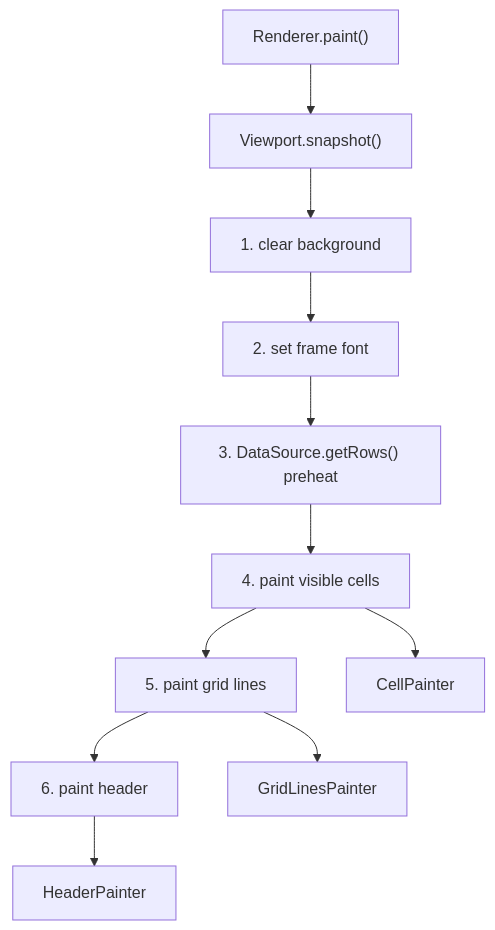
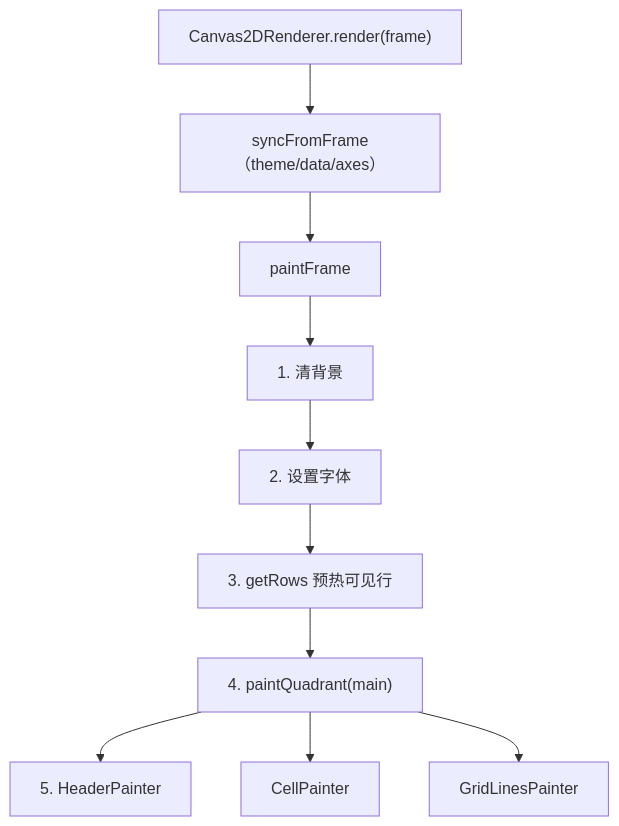
One commit to r1005410078/NovaSheet changed the fifth of 5 diagrams in docs/architecture.md. Above: the diagram before and after it, drawn with Mermaid. The commit also changed other lines of this file and 23 other files, not shown here.

````diff
--- a/docs/architecture.md
+++ b/docs/architecture.md
@@ -169,14 +209,12 @@
 ```mermaid
 flowchart TB
-  Paint["Renderer.paint()"] --> Snapshot["Viewport.snapshot()"]
-  Snapshot --> Clear["1. clear background"]
-  Clear --> Font["2. set frame font"]
-  Font --> WarmRows["3. DataSource.getRows() preheat"]
-  WarmRows --> Cells["4. paint visible cells"]
-  Cells --> Lines["5. paint grid lines"]
-  Lines --> Header["6. paint header"]
-
-  Cells --> CellPainter["CellPainter"]
-  Lines --> GridLinesPainter["GridLinesPainter"]
-  Header --> HeaderPainter["HeaderPainter"]
+  Entry["Canvas2DRenderer.render(frame)"] --> Sync["syncFromFrame（theme/data/axes）"]
+  Sync --> Paint["paintFrame"]
+  Paint --> Clear["1. 清背景"]
+  Clear --> Font["2. 设置字体"]
+  Font --> Warm["3. getRows 预热可见行"]
+  Warm --> Main["4. paintQuadrant(main)"]
+  Main --> Header["5. HeaderPainter"]
+  Main --> CellP["CellPainter"]
+  Main --> LineP["GridLinesPainter"]
 ```
````
